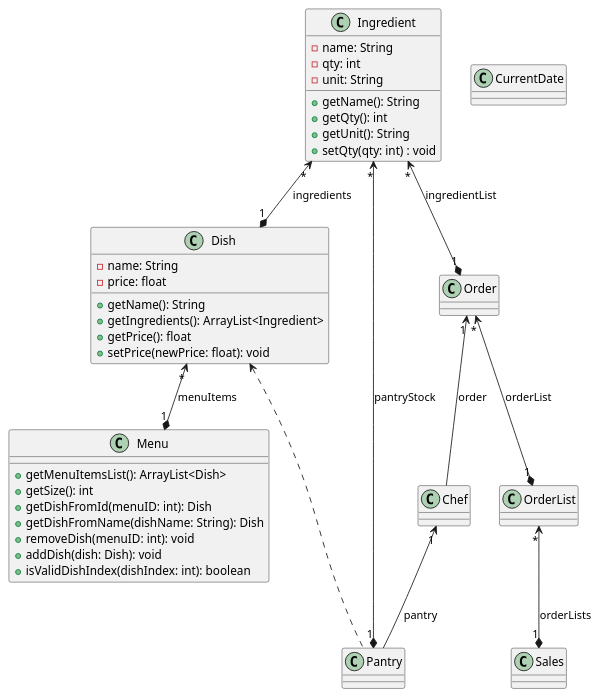
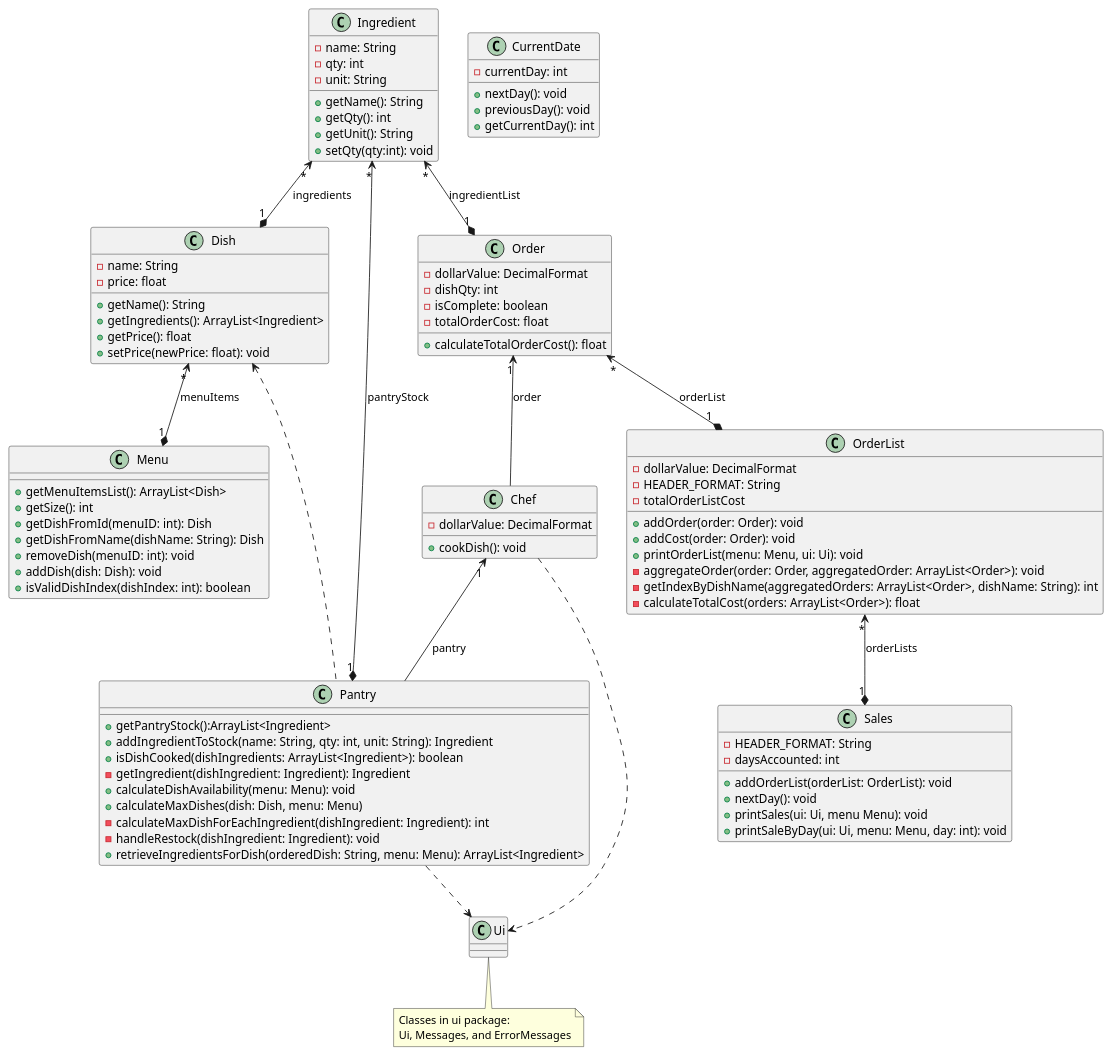
One commit to nus-cs2113-AY2324S1/tp changed the diagram in docs/diagrams/class/Data.puml. Above: the diagram before and after it, drawn with PlantUML. The commit also changed 4 other files, not shown here.

Commit message:
Draw the class diagram for data component

```diff
--- a/docs/diagrams/class/Data.puml
+++ b/docs/diagrams/class/Data.puml
@@ -1,56 +1,104 @@
 @startuml
 'https://plantuml.com/class-diagram
 
 class Menu {
 + getMenuItemsList(): ArrayList<Dish>
 + getSize(): int
 + getDishFromId(menuID: int): Dish
 + getDishFromName(dishName: String): Dish
 + removeDish(menuID: int): void
 + addDish(dish: Dish): void
 + isValidDishIndex(dishIndex: int): boolean
 }
 
 class Dish {
 - name: String
 - price: float
 + getName(): String
 + getIngredients(): ArrayList<Ingredient>
 + getPrice(): float
 + setPrice(newPrice: float): void
 }
 
 class Ingredient {
 - name: String
 - qty: int
 - unit: String
 + getName(): String
 + getQty(): int
 + getUnit(): String
-+ setQty(qty: int) : void
++ setQty(qty:int): void
 }
 
 class Pantry {
-
++ getPantryStock():ArrayList<Ingredient>
++ addIngredientToStock(name: String, qty: int, unit: String): Ingredient
++ isDishCooked(dishIngredients: ArrayList<Ingredient>): boolean
+- getIngredient(dishIngredient: Ingredient): Ingredient
++ calculateDishAvailability(menu: Menu): void
++ calculateMaxDishes(dish: Dish, menu: Menu)
+- calculateMaxDishForEachIngredient(dishIngredient: Ingredient): int
+- handleRestock(dishIngredient: Ingredient): void
++ retrieveIngredientsForDish(orderedDish: String, menu: Menu): ArrayList<Ingredient>
 }
 
-class Chef
-class Order
-class OrderList
-class Sales
-class CurrentDate
+class Chef {
+- dollarValue: DecimalFormat
++ cookDish(): void
+}
+
+class Order {
+- dollarValue: DecimalFormat
+- dishQty: int
+- isComplete: boolean
+- totalOrderCost: float
++ calculateTotalOrderCost(): float
+}
+
+class OrderList {
+- dollarValue: DecimalFormat
+- HEADER_FORMAT: String
+- totalOrderListCost
++ addOrder(order: Order): void
++ addCost(order: Order): void
++ printOrderList(menu: Menu, ui: Ui): void
+- aggregateOrder(order: Order, aggregatedOrder: ArrayList<Order>): void
+- getIndexByDishName(aggregatedOrders: ArrayList<Order>, dishName: String): int
+- calculateTotalCost(orders: ArrayList<Order>): float
+}
+
+class Sales {
+- HEADER_FORMAT: String
+- daysAccounted: int
++ addOrderList(orderList: OrderList): void
++ nextDay(): void
++ printSales(ui: Ui, menu Menu): void
++ printSaleByDay(ui: Ui, menu: Menu, day: int): void
+}
+
+class CurrentDate {
+- currentDay: int
++ nextDay(): void
++ previousDay(): void
++ getCurrentDay(): int
+}
+
+class Ui
+note bottom of Ui: Classes in ui package: \nUi, Messages, and ErrorMessages
 
 Ingredient "*" <--* "1" Dish : ingredients
 Dish "*" <--* "1" Menu : menuItems
 
 Ingredient "*" <--* "1" Pantry : pantryStock
 Dish <.. Pantry
 Chef "1" <-- Pantry : pantry
+Pantry ..> Ui
+Chef ..> Ui
 
 Ingredient "*" <--* "1" Order : ingredientList
 Order "*" <--* "1" OrderList : orderList
 Order "1" <-- Chef : order
 OrderList "*" <--* "1" Sales : orderLists
 
 
 @enduml
```
